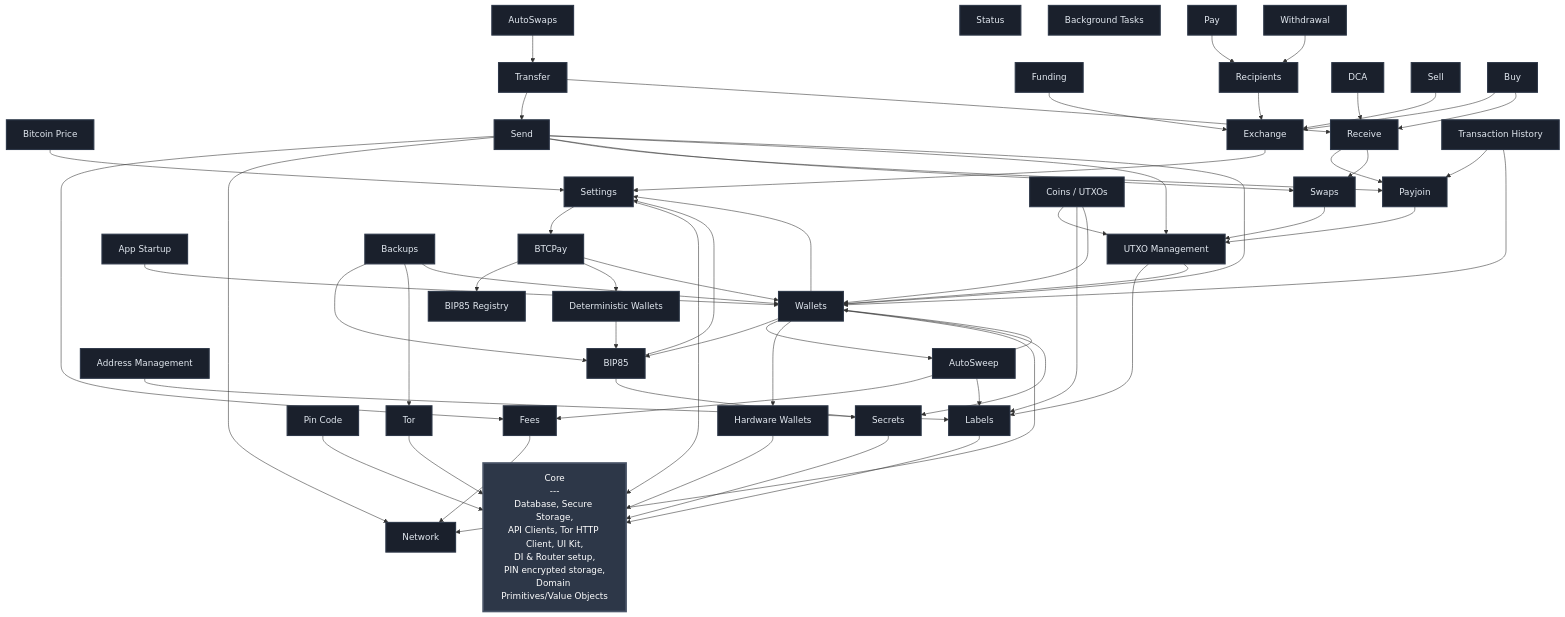
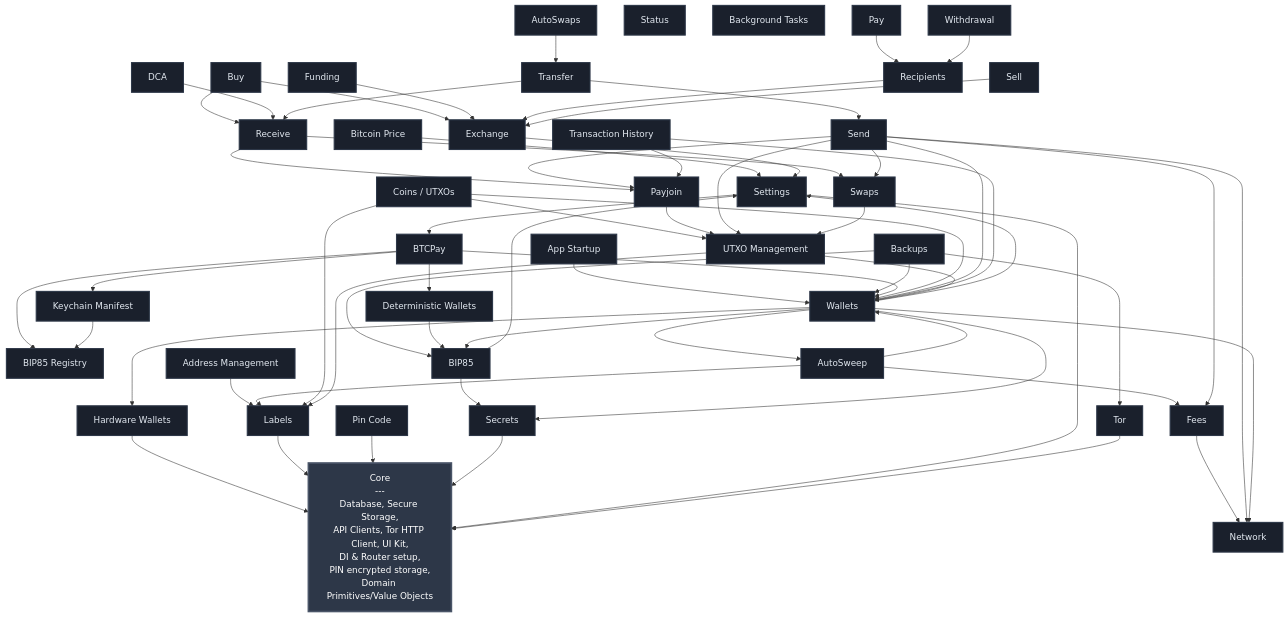
One commit to BullishNode/bullbitcoin-mobile changed the diagram in FEATURES.md. Above: the diagram before and after it, drawn with Mermaid. The commit also changed 36 other files, not shown here.

Commit message:
feat(keychain_manifest): record reserved bip85 materializations

````diff
--- a/FEATURES.md
+++ b/FEATURES.md
@@ -22,6 +22,7 @@
     BTCPAY[BTCPay]
     BIP85_REGISTRY[BIP85 Registry]
     DETERMINISTIC_WALLETS[Deterministic Wallets]
+    KEYCHAIN_MANIFEST[Keychain Manifest]
     NETWORK[Network]
     BIP85[BIP85]
     FEES[Fees]
@@ -68,8 +69,10 @@
     BTC_PRICE --> SETTINGS
     BTCPAY --> BIP85_REGISTRY
     BTCPAY --> DETERMINISTIC_WALLETS
+    BTCPAY --> KEYCHAIN_MANIFEST
     BTCPAY --> WALLETS
     DETERMINISTIC_WALLETS --> BIP85
+    KEYCHAIN_MANIFEST --> BIP85_REGISTRY
     BUY --> EXCHANGE
     BUY --> RECEIVE
     COINS --> UTXO_MGMT
@@ -120,4 +123,5 @@
     class CORE coreStyle
     class SETTINGS,TOR,PIN_CODE,LABELS,SECRETS,HW_WALLETS,BTC_PRICE,BTCPAY,BIP85_REGISTRY,DETERMINISTIC_WALLETS,NETWORK,BIP85,FEES,WALLETS,EXCHANGE,APP_STARTUP,UTXO_MGMT,ADDRESS_MGMT,RECIPIENTS,FUNDING,BACKUPS,SWAPS,PAYJOIN,WITHDRAWAL,STATUS,SEND,RECEIVE,TRANSFER,TX_HISTORY,BG_TASKS,AUTOSWAPS,DCA,SELL,PAY,BUY,COINS featureStyle
     class SETTINGS,TOR,PIN_CODE,LABELS,SECRETS,HW_WALLETS,BTC_PRICE,BTCPAY,BIP85_REGISTRY,DETERMINISTIC_WALLETS,NETWORK,BIP85,FEES,WALLETS,EXCHANGE,APP_STARTUP,UTXO_MGMT,ADDRESS_MGMT,RECIPIENTS,FUNDING,BACKUPS,SWAPS,PAYJOIN,WITHDRAWAL,STATUS,SEND,RECEIVE,TRANSFER,TX_HISTORY,BG_TASKS,AUTOSWAPS,AUTOSWEEP,DCA,SELL,PAY,BUY featureStyle
+    class SETTINGS,TOR,PIN_CODE,LABELS,SECRETS,HW_WALLETS,BTC_PRICE,BTCPAY,BIP85_REGISTRY,DETERMINISTIC_WALLETS,KEYCHAIN_MANIFEST,NETWORK,BIP85,FEES,WALLETS,EXCHANGE,APP_STARTUP,UTXO_MGMT,ADDRESS_MGMT,RECIPIENTS,FUNDING,BACKUPS,SWAPS,PAYJOIN,WITHDRAWAL,STATUS,SEND,RECEIVE,TRANSFER,TX_HISTORY,BG_TASKS,AUTOSWAPS,AUTOSWEEP,DCA,SELL,PAY,BUY featureStyle
 ```
````
